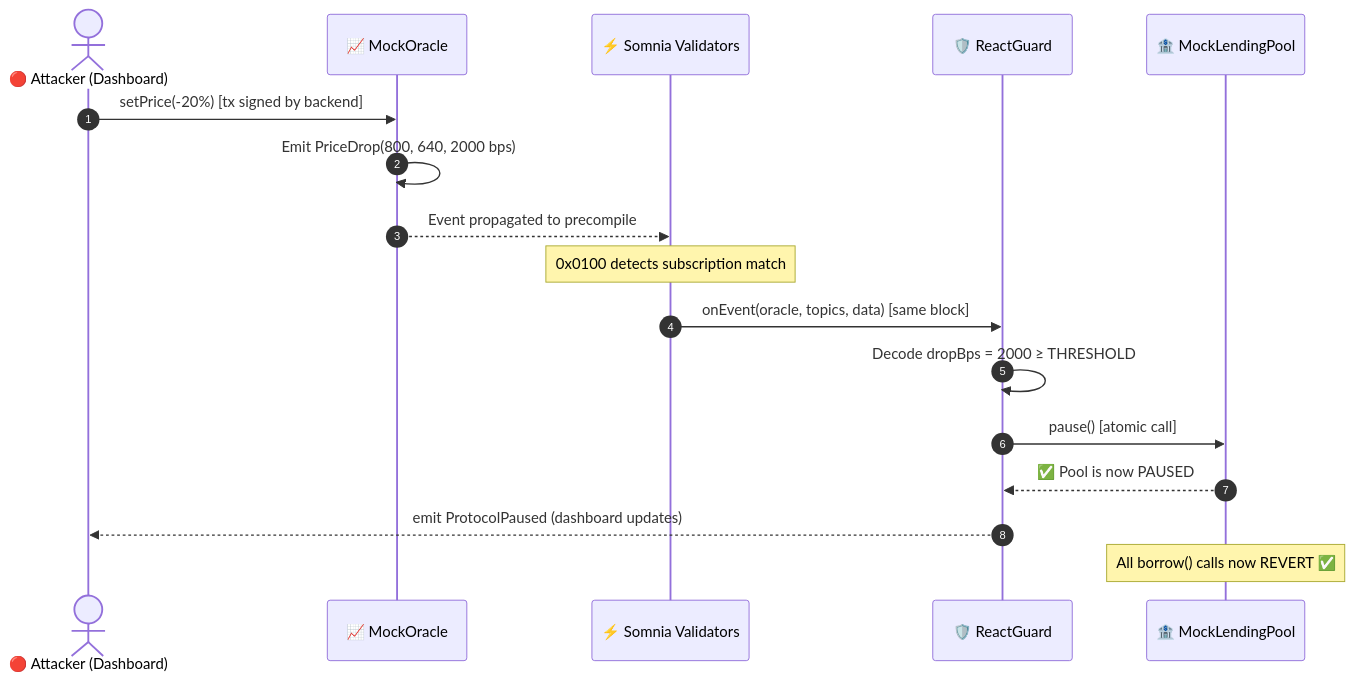
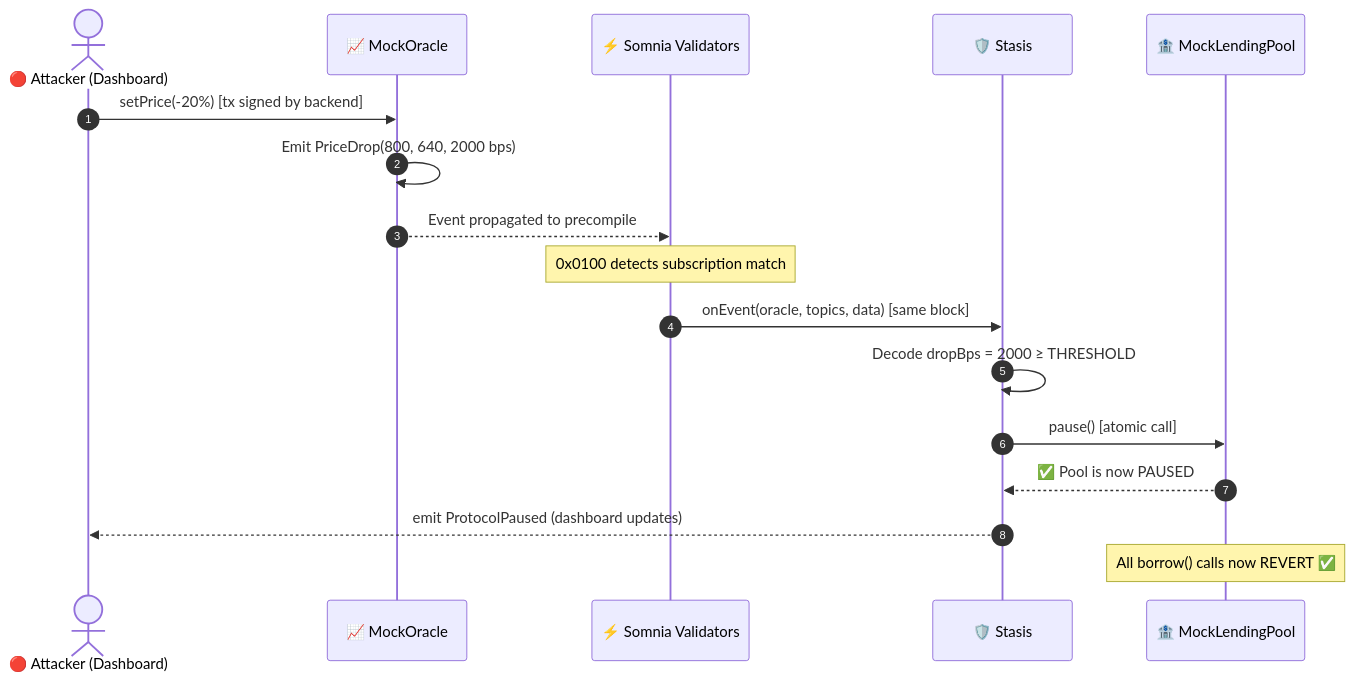
One commit to Ankit-raj-11/ReactGuard changed the second of 2 diagrams in README.md. Above: the diagram before and after it, drawn with Mermaid. The commit also changed other lines of this file and 37 other files, not shown here.

````diff
--- a/README.md
+++ b/README.md
@@ -108,20 +108,20 @@
 ```mermaid
 sequenceDiagram
     autonumber
     actor Attacker as 🔴 Attacker (Dashboard)
     participant Oracle as 📈 MockOracle
     participant Validators as ⚡ Somnia Validators
-    participant ReactGuard as 🛡️ ReactGuard
+    participant Stasis as 🛡️ Stasis
     participant Pool as 🏦 MockLendingPool
 
     Attacker->>Oracle: setPrice(-20%) [tx signed by backend]
     Oracle->>Oracle: Emit PriceDrop(800, 640, 2000 bps)
     Oracle-->>Validators: Event propagated to precompile
     Note over Validators: 0x0100 detects subscription match
-    Validators->>ReactGuard: onEvent(oracle, topics, data) [same block]
-    ReactGuard->>ReactGuard: Decode dropBps = 2000 ≥ THRESHOLD
-    ReactGuard->>Pool: pause() [atomic call]
-    Pool-->>ReactGuard: ✅ Pool is now PAUSED
-    ReactGuard-->>Attacker: emit ProtocolPaused (dashboard updates)
+    Validators->>Stasis: onEvent(oracle, topics, data) [same block]
+    Stasis->>Stasis: Decode dropBps = 2000 ≥ THRESHOLD
+    Stasis->>Pool: pause() [atomic call]
+    Pool-->>Stasis: ✅ Pool is now PAUSED
+    Stasis-->>Attacker: emit ProtocolPaused (dashboard updates)
     Note over Pool: All borrow() calls now REVERT ✅
 ```
````
